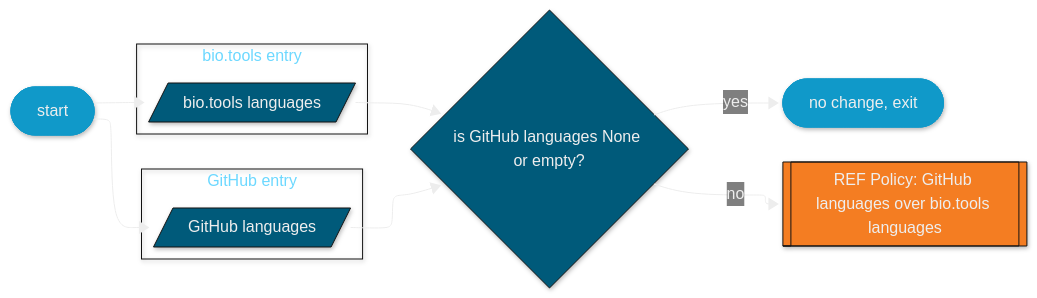
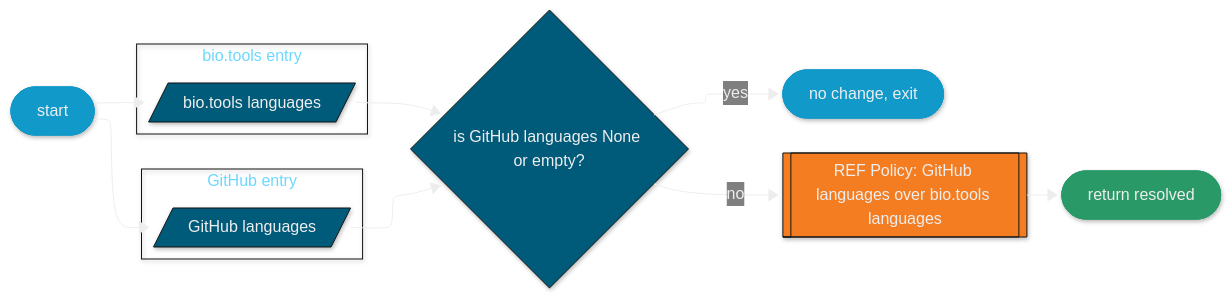
Before and after one commit to bio-tools/biohackathon2025: the diagram in docs/source/api_reference/diagrams/gh2bt/language.mmd, drawn with Mermaid. The commit also changed 3 other files, not shown here.

Commit message:
doc: flowchart version

```diff
--- a/docs/source/api_reference/diagrams/gh2bt/language.mmd
+++ b/docs/source/api_reference/diagrams/gh2bt/language.mmd
@@ -1,43 +1,44 @@
 ---
 config:
   theme: base
   look: neo
   layout: elk
   elk:
     nodePlacementStrategy: NETWORK_SIMPLEX
   themeVariables:
     darkMode: true
     background: "#121212"
     primaryColor: "#005a7a"
     primaryBorderColor: "#121212"
     secondaryBorderColor:  "#121212"
     edgeLabelBackground: transparent
     labelTextColor: "#5DD3FC"
     clusterBkg: transparent
     clusterBorder: "#5DD3FC"
     noteBkgColor: "#F47D22"
     noteBorderColor: "#F47D22"
     noteTextColor: "#fff"
 ---
 flowchart LR
     classDef ref fill:#F47D22
     classDef notestyle fill:#F47D22
     classDef notestyle stroke:#F47D22
     classDef terminal fill:#1099c9
     classDef terminal stroke:#1099c9
     classDef success fill:#299967
     classDef success stroke:#299967
 
     start([start]):::terminal
     nochange([no change, exit]):::terminal
     subgraph GitHub entry
         gh_languages[/GitHub languages/]
     end
     subgraph bio.tools entry
         bt_languages[/bio.tools languages/]
     end
 
     start --> gh_languages & bt_languages
     gh_languages & bt_languages --> check_gh{is GitHub languages None or empty?}
     check_gh -->|yes| nochange
     check_gh -->|no| policy[[REF Policy: GitHub languages over bio.tools languages]]:::ref
+    policy --> return_resolved([return resolved]):::success
```
